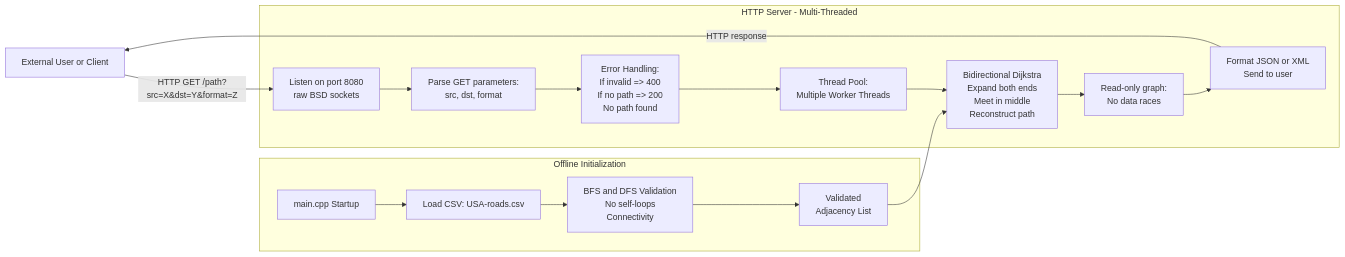
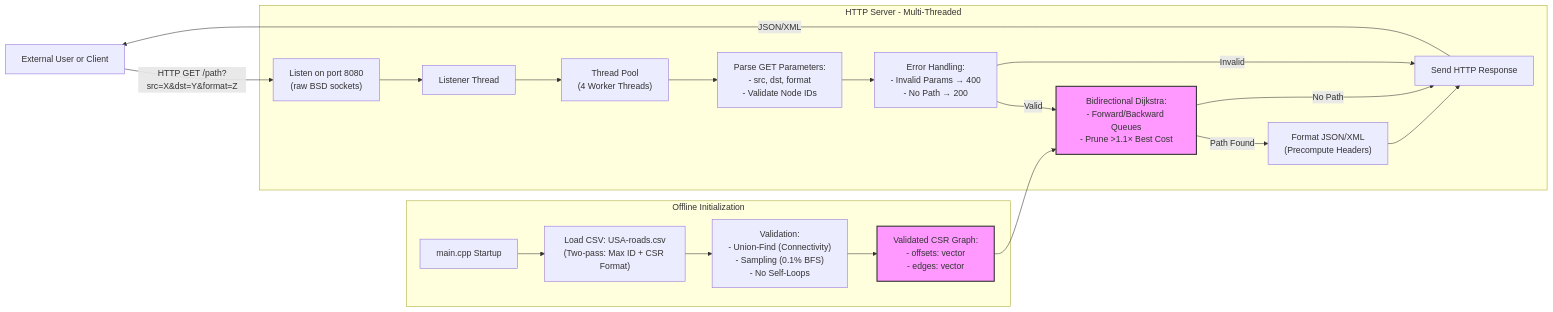
The diagram in Document/Technical/TechnicalSpecifications.md (algosup/2024-2025-project-3-quickest-path-team-7), drawn with Mermaid before and after one commit. The commit also changed other lines of this file, not shown here.

````diff
--- a/Document/Technical/TechnicalSpecifications.md
+++ b/Document/Technical/TechnicalSpecifications.md
@@ -648,35 +104,42 @@
 ```mermaid
-	flowchart LR
+flowchart LR
 
     user["External User or Client"]
-    user -- HTTP GET /path?src=X&dst=Y&format=Z --> listen["Listen on port 8080\nraw BSD sockets"]
+    user -- HTTP GET /path?src=X&dst=Y&format=Z --> listen["Listen on port 8080<br>(raw BSD sockets)"]
 
     subgraph OFFLINE_INITIALIZATION["Offline Initialization"]
         main["main.cpp Startup"]
-        load["Load CSV: USA-roads.csv"]
-        validate["BFS and DFS Validation\nNo self-loops\nConnectivity"]
-        adjacency["Validated\nAdjacency List"]
+        load["Load CSV: USA-roads.csv<br>(Two-pass: Max ID + CSR Format)"]
+        validate["Validation:<br>- Union-Find (Connectivity)<br>- Sampling (0.1% BFS)<br>- No Self-Loops"]
+        validatedGraph["Validated CSR Graph:<br>- offsets: vector<int><br>- edges: vector<Edge>"]
         main --> load
         load --> validate
-        validate --> adjacency
+        validate --> validatedGraph
     end
 
     subgraph HTTP_SERVER["HTTP Server - Multi-Threaded"]
-        parser["Parse GET parameters:\nsrc, dst, format"]
-        errorCheck["Error Handling:\nIf invalid => 400\nIf no path => 200\nNo path found"]
-        threadPool["Thread Pool:\nMultiple Worker Threads"]
-        pathfinding["Bidirectional Dijkstra\nExpand both ends\nMeet in middle\nReconstruct path"]
-        concurrencyNote["Read-only graph:\nNo data races"]
-        response["Format JSON or XML\nSend to user"]
-        
-        listen --> parser
+        listener["Listener Thread"]
+        threadPool["Thread Pool<br>(4 Worker Threads)"]
+        parser["Parse GET Parameters:<br>- src, dst, format<br>- Validate Node IDs"]
+        errorCheck["Error Handling:<br>- Invalid Params → 400<br>- No Path → 200"]
+        pathfinding["Bidirectional Dijkstra:<br>- Forward/Backward Queues<br>- Prune >1.1× Best Cost"]
+        formatter["Format JSON/XML<br>(Precompute Headers)"]
+        response["Send HTTP Response"]
+
+        listen --> listener
+        listener --> threadPool
+        threadPool --> parser
         parser --> errorCheck
-        errorCheck --> threadPool
-        threadPool --> pathfinding
-        pathfinding --> concurrencyNote
-        concurrencyNote --> response
+        errorCheck -->|Valid| pathfinding
+        pathfinding -->|Path Found| formatter
+        formatter --> response
+        errorCheck -->|Invalid| response
+        pathfinding -->|No Path| response
     end
 
-    adjacency --> pathfinding
-    response -- HTTP response --> user
+    validatedGraph --> pathfinding
+    response -- JSON/XML --> user
+
+    classDef highlight fill:#f9f,stroke:#333,stroke-width:2px;
+    class validatedGraph,pathfinding highlight;
 ```
````
